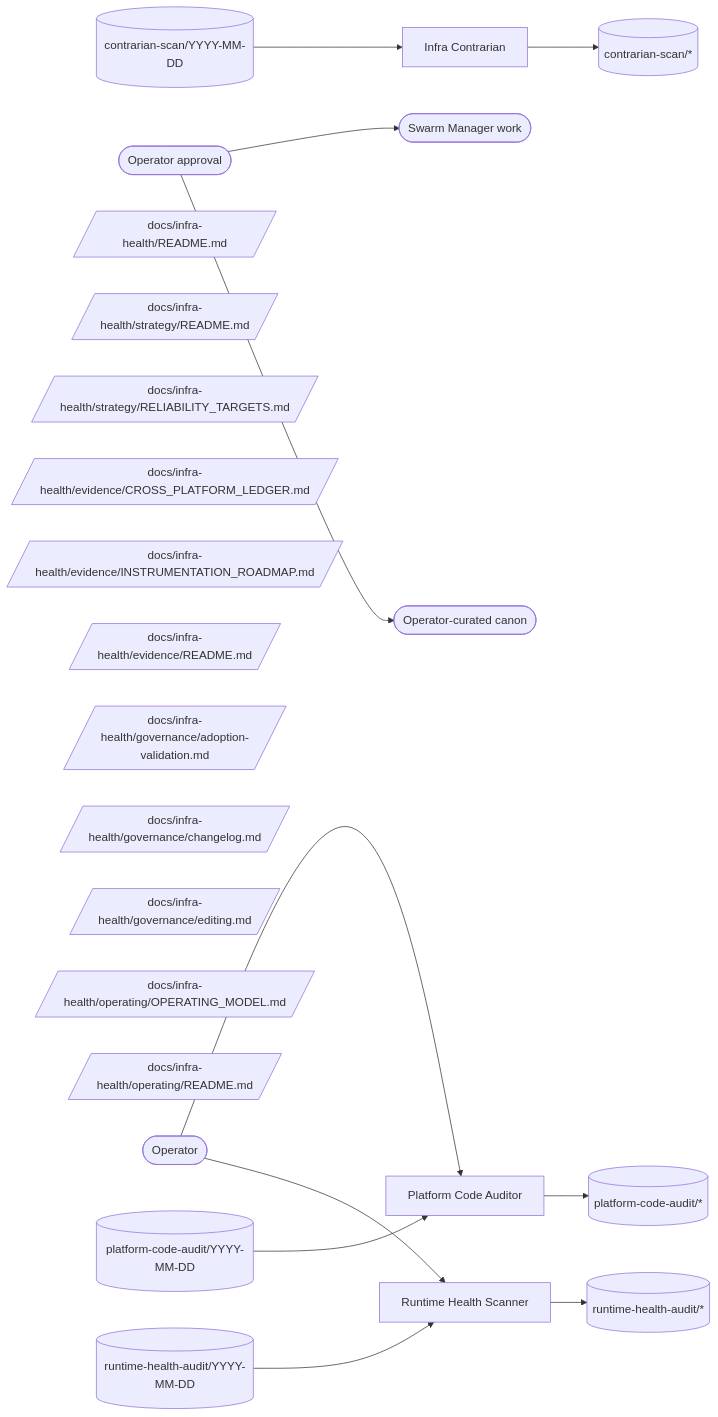
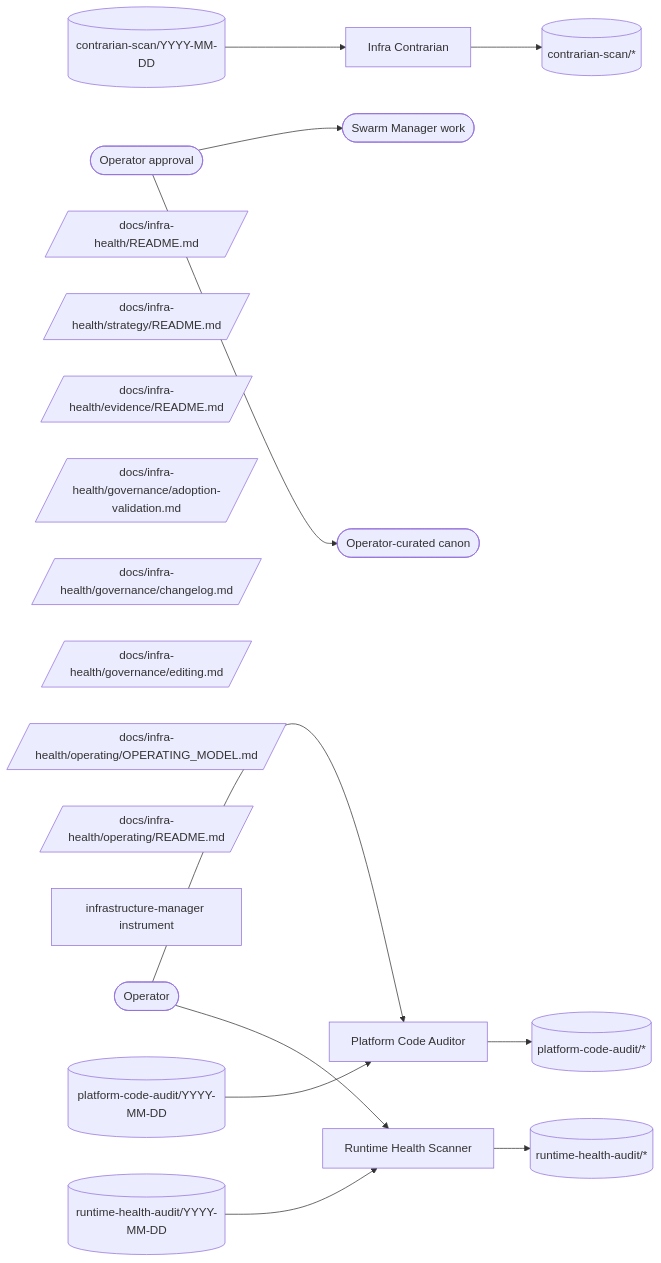
Before and after one commit to Vrooli/Vrooli: the diagram in docs/infra-health/operating/OPERATING_MODEL.md, drawn with Mermaid. The commit also changed other lines of this file and 10 other files, not shown here.

````diff
--- a/docs/infra-health/operating/OPERATING_MODEL.md
+++ b/docs/infra-health/operating/OPERATING_MODEL.md
@@ -81,62 +87,58 @@
 ```mermaid
 flowchart LR
   %% @node APPROVAL process:operator-approval
   APPROVAL([Operator approval])
   %% @node CANON process:operator-curated-canon
   CANON([Operator-curated canon])
   %% @node CONTRARIANSC topic:contrarian-scan/*
   CONTRARIANSC[(contrarian-scan/*)]
   %% @node CS topic:contrarian-scan/YYYY-MM-DD
   CS[(contrarian-scan/YYYY-MM-DD)]
   %% @node DOCSINFRAHEA por:docs/infra-health/README.md
   DOCSINFRAHEA[/docs/infra-health/README.md/]
   %% @node DOCSINFRAHEA10 por:docs/infra-health/strategy/README.md
   DOCSINFRAHEA10[/docs/infra-health/strategy/README.md/]
-  %% @node DOCSINFRAHEA11 por:docs/infra-health/strategy/RELIABILITY_TARGETS.md
-  DOCSINFRAHEA11[/docs/infra-health/strategy/RELIABILITY_TARGETS.md/]
-  %% @node DOCSINFRAHEA2 por:docs/infra-health/evidence/CROSS_PLATFORM_LEDGER.md
-  DOCSINFRAHEA2[/docs/infra-health/evidence/CROSS_PLATFORM_LEDGER.md/]
-  %% @node DOCSINFRAHEA3 por:docs/infra-health/evidence/INSTRUMENTATION_ROADMAP.md
-  DOCSINFRAHEA3[/docs/infra-health/evidence/INSTRUMENTATION_ROADMAP.md/]
   %% @node DOCSINFRAHEA4 por:docs/infra-health/evidence/README.md
   DOCSINFRAHEA4[/docs/infra-health/evidence/README.md/]
   %% @node DOCSINFRAHEA5 por:docs/infra-health/governance/adoption-validation.md
   DOCSINFRAHEA5[/docs/infra-health/governance/adoption-validation.md/]
   %% @node DOCSINFRAHEA6 por:docs/infra-health/governance/changelog.md
   DOCSINFRAHEA6[/docs/infra-health/governance/changelog.md/]
   %% @node DOCSINFRAHEA7 por:docs/infra-health/governance/editing.md
   DOCSINFRAHEA7[/docs/infra-health/governance/editing.md/]
   %% @node DOCSINFRAHEA8 por:docs/infra-health/operating/OPERATING_MODEL.md
   DOCSINFRAHEA8[/docs/infra-health/operating/OPERATING_MODEL.md/]
   %% @node DOCSINFRAHEA9 por:docs/infra-health/operating/README.md
   DOCSINFRAHEA9[/docs/infra-health/operating/README.md/]
   %% @node IC member:infra-contrarian
   IC[Infra Contrarian]
+  %% @node INSTR instrument:infrastructure-manager
+  INSTR[infrastructure-manager instrument]
   %% @node OP external:operator
   OP([Operator])
   %% @node PCA member:platform-code-auditor
   PCA[Platform Code Auditor]
   %% @node PCAUD topic:platform-code-audit/YYYY-MM-DD
   PCAUD[(platform-code-audit/YYYY-MM-DD)]
   %% @node PLATFORMCODE topic:platform-code-audit/*
   PLATFORMCODE[(platform-code-audit/*)]
   %% @node RHA topic:runtime-health-audit/YYYY-MM-DD
   RHA[(runtime-health-audit/YYYY-MM-DD)]
   %% @node RHS member:runtime-health-scanner
   RHS[Runtime Health Scanner]
   %% @node RUNTIMEHEALT topic:runtime-health-audit/*
   RUNTIMEHEALT[(runtime-health-audit/*)]
   %% @node SWARM external:swarm-manager-work
   SWARM([Swarm Manager work])
 
   OP --> PCA
   OP --> RHS
   IC --> CONTRARIANSC
   PCA --> PLATFORMCODE
   RHS --> RUNTIMEHEALT
   APPROVAL --> SWARM
   APPROVAL --> CANON
   CS --> IC
   PCAUD --> PCA
   RHA --> RHS
 ```
````
